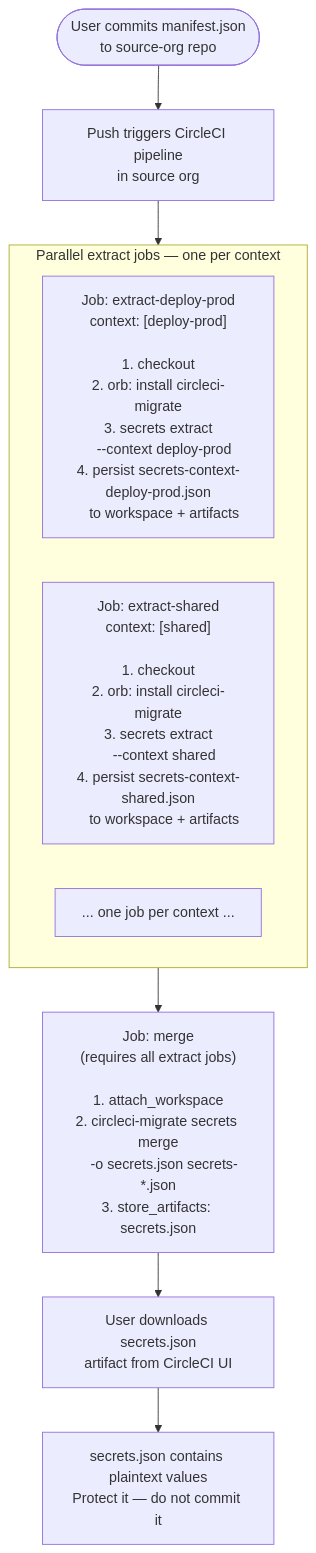
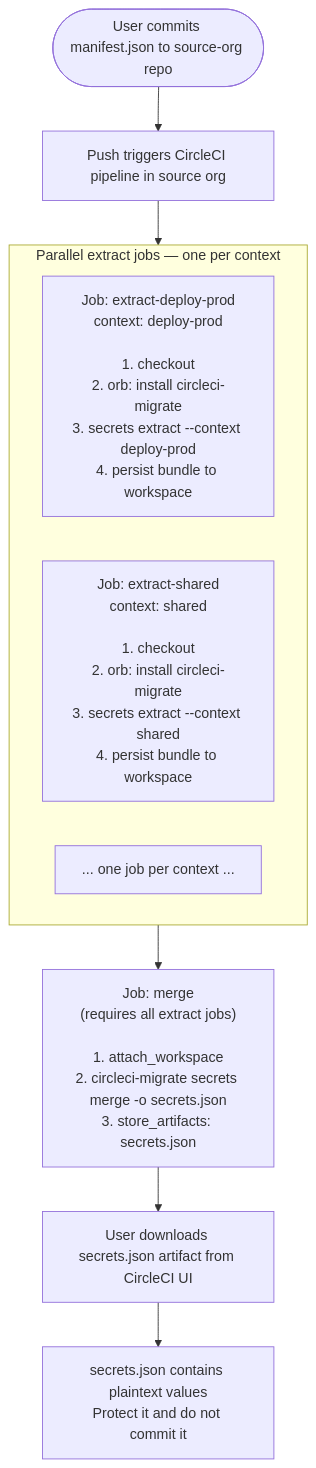
The third of 4 diagrams in docs/architecture.md (AwesomeCICD/circleci-org-migration-cli), drawn with Mermaid before and after one commit. The commit also changed other lines of this file and 2 other files, not shown here.

First line of the commit message:
docs: customer-facing README with badges; fix GitHub Mermaid rendering

````diff
--- a/docs/architecture.md
+++ b/docs/architecture.md
@@ -160,24 +183,24 @@
 ```mermaid
 flowchart TD
-    START([User commits manifest.json\nto source-org repo])
+    START(["User commits manifest.json to source-org repo"])
 
-    START --> TRIGGER[Push triggers CircleCI pipeline\nin source org]
+    START --> TRIGGER["Push triggers CircleCI pipeline in source org"]
 
     TRIGGER --> PARALLEL
 
     subgraph PARALLEL ["Parallel extract jobs — one per context"]
-        J1["Job: extract-deploy-prod\ncontext: [deploy-prod]\n\n1. checkout\n2. orb: install circleci-migrate\n3. secrets extract\n   --context deploy-prod\n4. persist secrets-context-deploy-prod.json\n   to workspace + artifacts"]
+        J1["Job: extract-deploy-prod<br/>context: deploy-prod<br/><br/>1. checkout<br/>2. orb: install circleci-migrate<br/>3. secrets extract --context deploy-prod<br/>4. persist bundle to workspace"]
 
-        J2["Job: extract-shared\ncontext: [shared]\n\n1. checkout\n2. orb: install circleci-migrate\n3. secrets extract\n   --context shared\n4. persist secrets-context-shared.json\n   to workspace + artifacts"]
+        J2["Job: extract-shared<br/>context: shared<br/><br/>1. checkout<br/>2. orb: install circleci-migrate<br/>3. secrets extract --context shared<br/>4. persist bundle to workspace"]
 
         JN["... one job per context ..."]
     end
 
     PARALLEL --> MERGE
 
-    MERGE["Job: merge\n(requires all extract jobs)\n\n1. attach_workspace\n2. circleci-migrate secrets merge\n   -o secrets.json secrets-*.json\n3. store_artifacts: secrets.json"]
+    MERGE["Job: merge<br/>(requires all extract jobs)<br/><br/>1. attach_workspace<br/>2. circleci-migrate secrets merge -o secrets.json<br/>3. store_artifacts: secrets.json"]
 
-    MERGE --> DOWNLOAD[User downloads secrets.json\nartifact from CircleCI UI]
+    MERGE --> DOWNLOAD["User downloads secrets.json artifact from CircleCI UI"]
 
-    DOWNLOAD --> NOTE["secrets.json contains plaintext values\nProtect it — do not commit it"]
+    DOWNLOAD --> NOTE["secrets.json contains plaintext values<br/>Protect it and do not commit it"]
 ```
````
